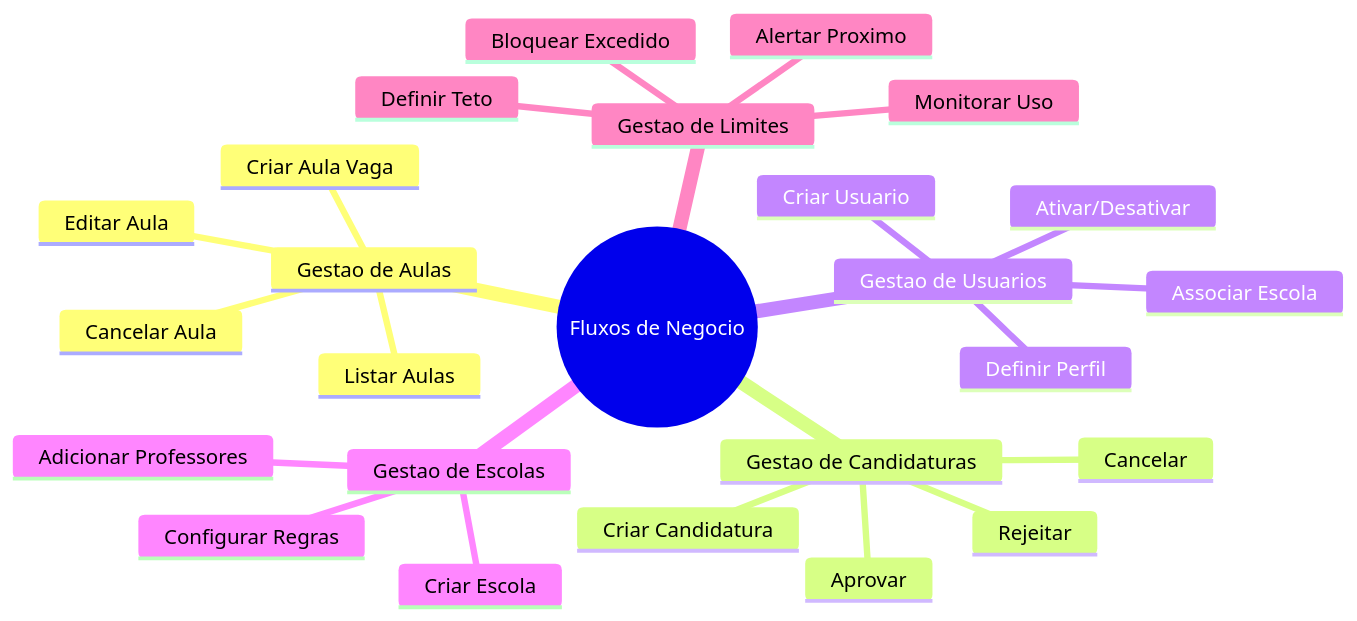
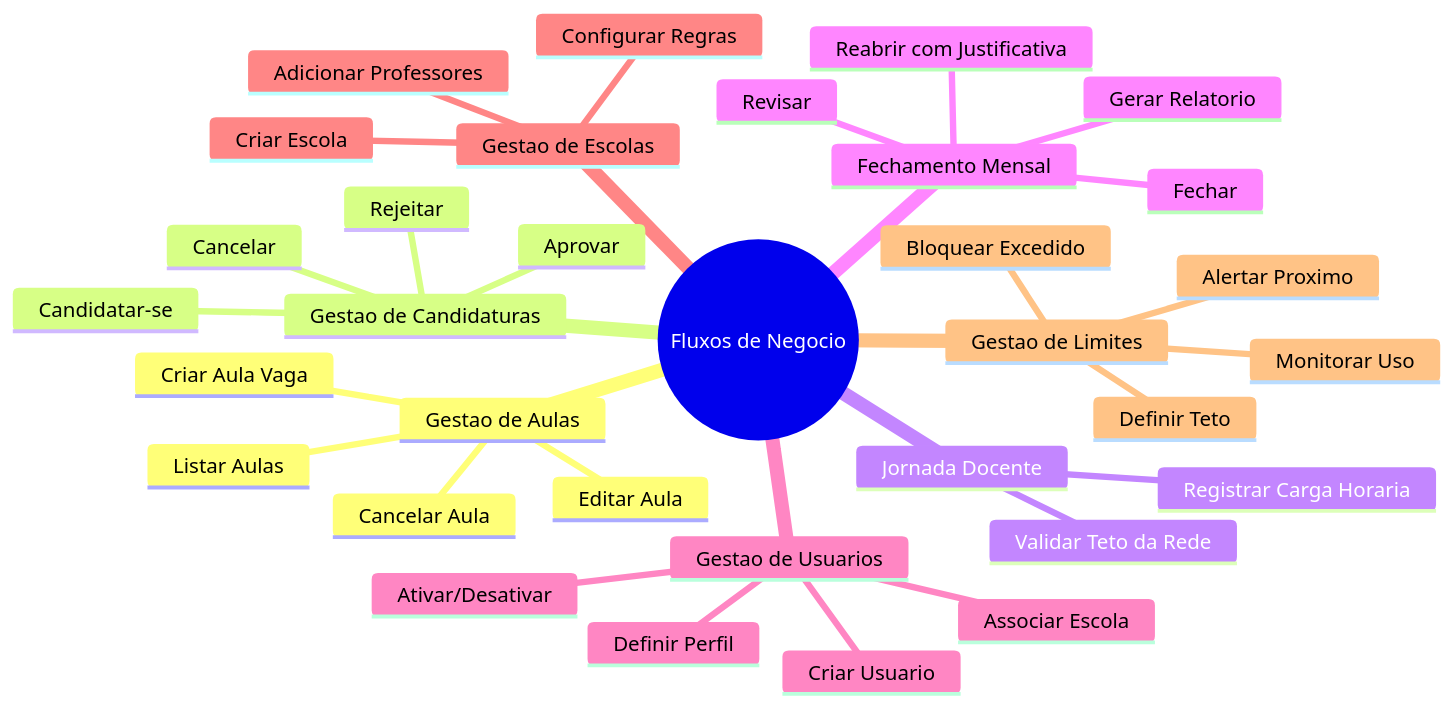
Before and after one commit to TROCA-AULA/troca-aula-backend: the second of 14 diagrams in docs/07-fluxos-negocio.md, drawn with Mermaid. The commit also changed other lines of this file and 9 other files, not shown here.

````diff
--- a/docs/07-fluxos-negocio.md
+++ b/docs/07-fluxos-negocio.md
@@ -40,28 +50,36 @@
 ```mermaid
 mindmap
   root((Fluxos de Negocio))
     Gestao de Aulas
       Criar Aula Vaga
       Editar Aula
       Cancelar Aula
       Listar Aulas
     Gestao de Candidaturas
-      Criar Candidatura
+      Candidatar-se
       Aprovar
       Rejeitar
       Cancelar
+    Jornada Docente
+      Registrar Carga Horaria
+      Validar Teto da Rede
+    Fechamento Mensal
+      Gerar Relatorio
+      Revisar
+      Fechar
+      Reabrir com Justificativa
     Gestao de Usuarios
       Criar Usuario
       Ativar/Desativar
       Associar Escola
       Definir Perfil
     Gestao de Escolas
       Criar Escola
       Configurar Regras
       Adicionar Professores
     Gestao de Limites
       Definir Teto
       Monitorar Uso
       Alertar Proximo
       Bloquear Excedido
 ```
````
